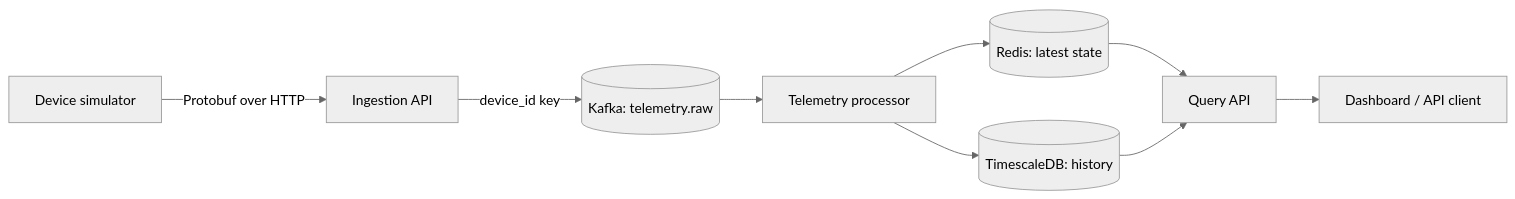
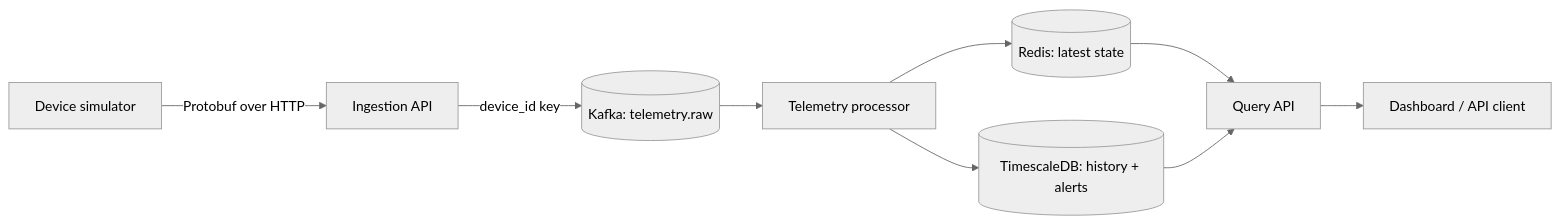
The diagram in README.md (ask-kumbar/PulseGrid), drawn with Mermaid (neutral theme) before and after one commit. The commit also changed other lines of this file and 8 other files, not shown here.

````diff
--- a/README.md
+++ b/README.md
@@ -14,11 +14,11 @@
 ```mermaid
 flowchart LR
   D[Device simulator] -->|Protobuf over HTTP| A[Ingestion API]
   A -->|device_id key| K[(Kafka: telemetry.raw)]
   K --> P[Telemetry processor]
   P --> R[(Redis: latest state)]
-  P --> T[(TimescaleDB: history)]
+  P --> T[(TimescaleDB: history + alerts)]
   R --> Q[Query API]
   T --> Q
   Q --> C[Dashboard / API client]
 ```
````
